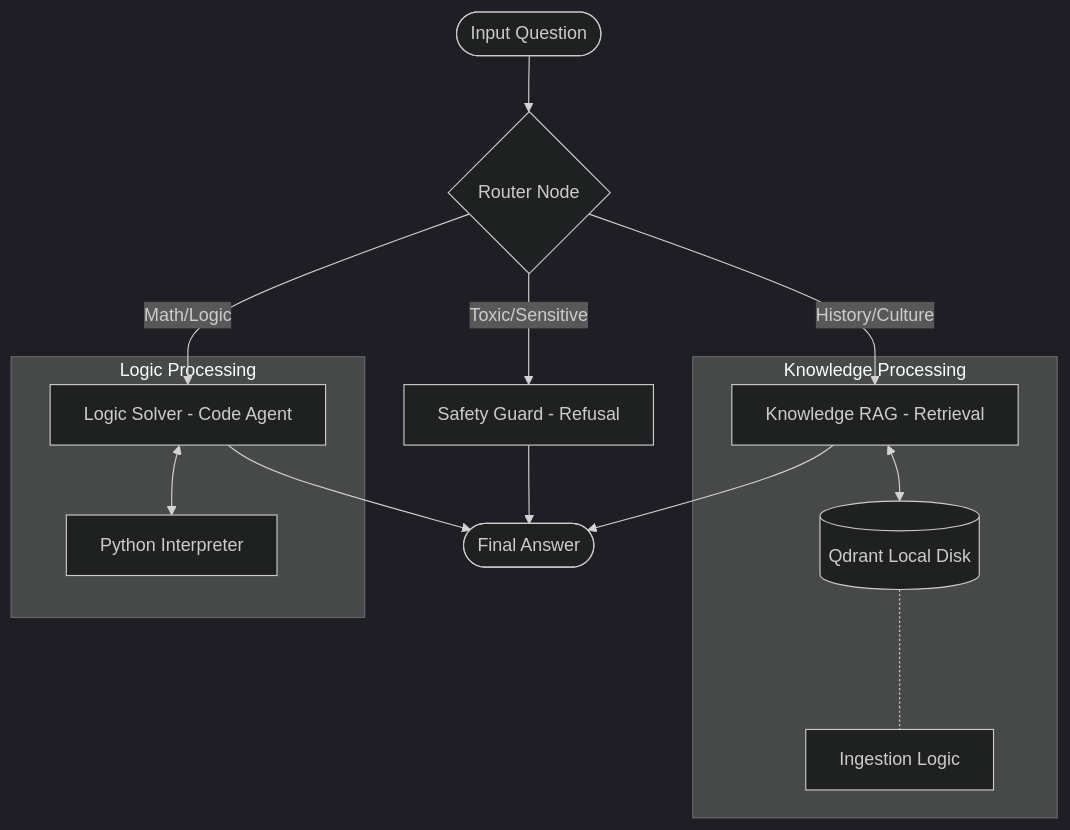
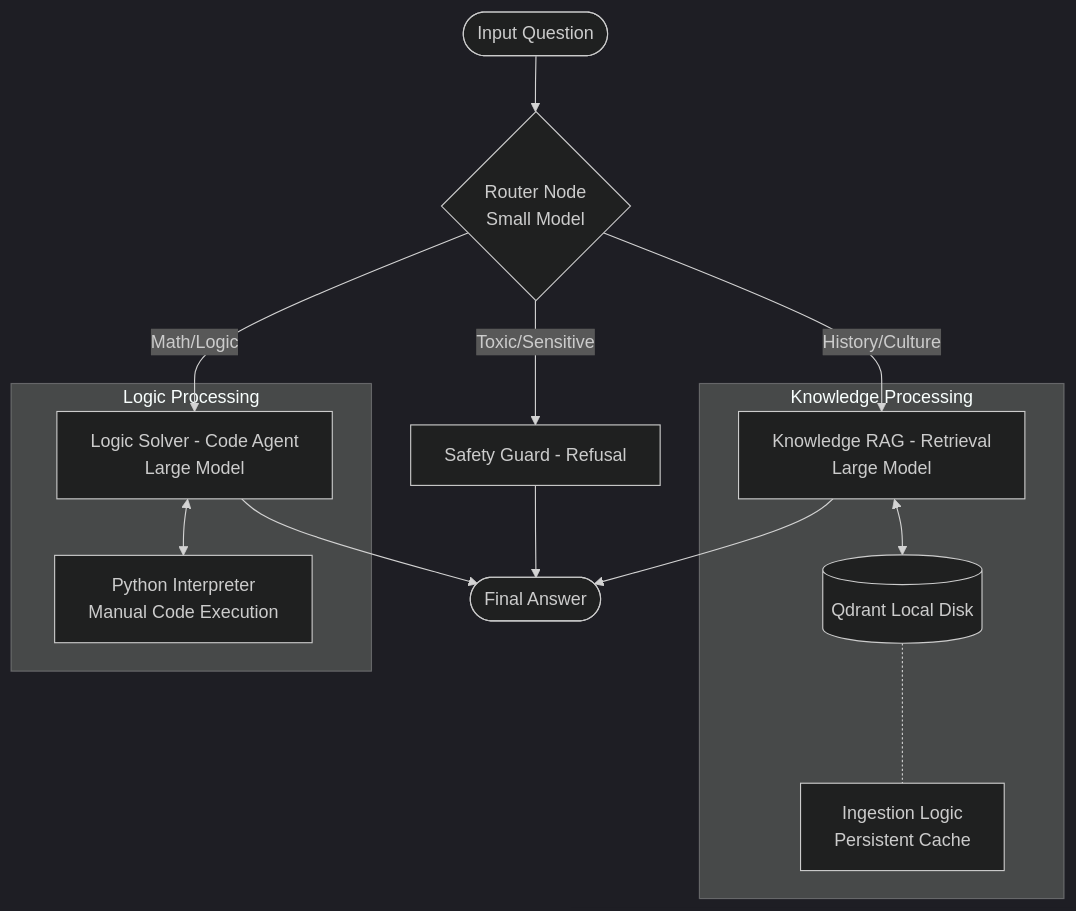
The diagram in README.md (hhaoz/vnpt-haha), drawn with Mermaid (dark theme) before and after one commit. The commit also changed other lines of this file and 10 other files, not shown here.

Commit message:
Refactor LLM integration by introducing separate small and large model configurations.

````diff
--- a/README.md
+++ b/README.md
@@ -20,22 +20,21 @@
 ```mermaid
 graph TD
-    Start([Input Question]) --> RouterNode{Router Node}
+    Start([Input Question]) --> RouterNode{Router Node<br/>Small Model}
     
-    RouterNode -- "Math/Logic" --> LogicSolver[Logic Solver - Code Agent]
-    RouterNode -- "History/Culture" --> KnowledgeRAG[Knowledge RAG - Retrieval]
+    RouterNode -- "Math/Logic" --> LogicSolver[Logic Solver - Code Agent<br/>Large Model]
+    RouterNode -- "History/Culture" --> KnowledgeRAG[Knowledge RAG - Retrieval<br/>Large Model]
     RouterNode -- "Toxic/Sensitive" --> SafetyGuard[Safety Guard - Refusal]
     
     subgraph "Knowledge Processing"
         KnowledgeRAG <--> VectorDB[(Qdrant Local Disk)]
-        VectorDB <..- IngestionScript[Ingestion Logic]
+        VectorDB <..- IngestionScript[Ingestion Logic<br/>Persistent Cache]
     end
     
     subgraph "Logic Processing"
-        LogicSolver <--> PythonREPL[Python Interpreter]
+        LogicSolver <--> PythonREPL[Python Interpreter<br/>Manual Code Execution]
     end
     
     LogicSolver --> End([Final Answer])
     KnowledgeRAG --> End
     SafetyGuard --> End
-
 ```
````
